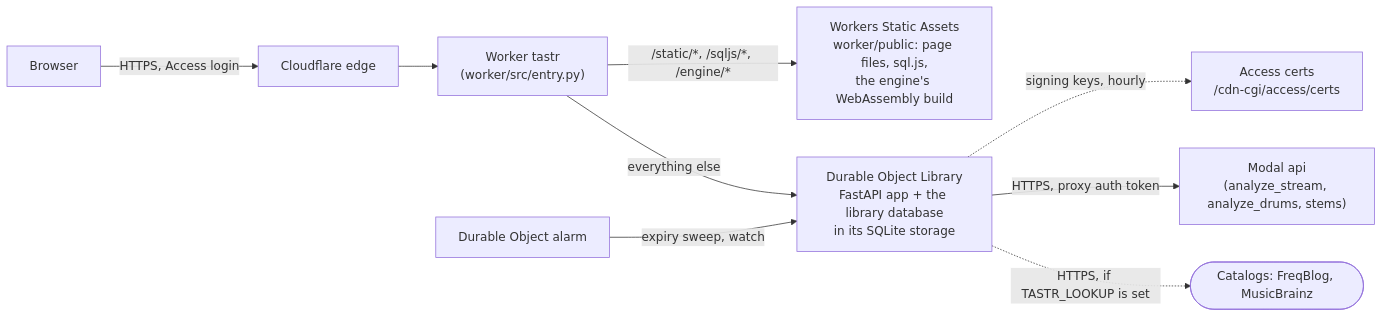
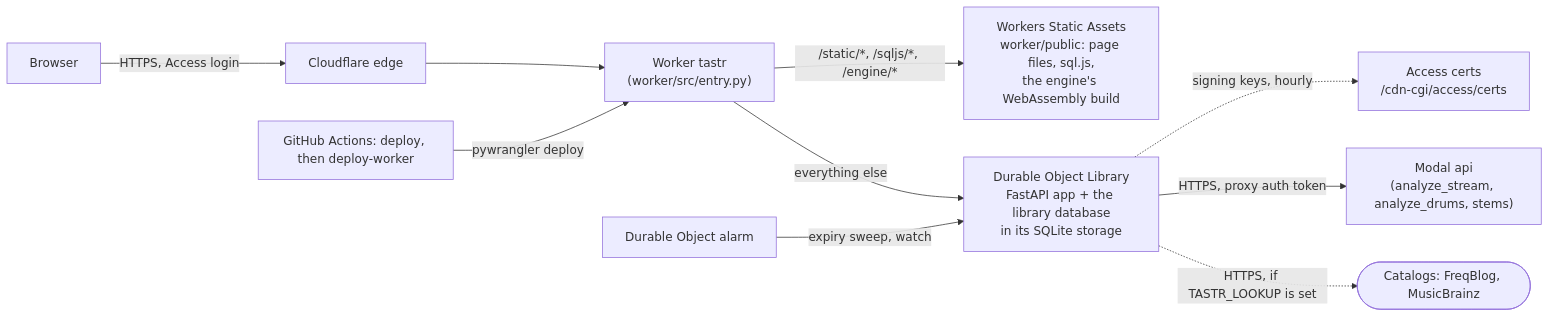
One commit to pocketIlmatto/tastr changed the third of 3 diagrams in docs/hosting-map.md. Above: the diagram before and after it, drawn with Mermaid. The commit also changed other lines of this file and 4 other files, not shown here.

First line of the commit message:
Deploy the Worker instead of Fly on merges to main

````diff
--- a/docs/hosting-map.md
+++ b/docs/hosting-map.md
@@ -295,11 +301,12 @@
 ```mermaid
 flowchart LR
     B[Browser] -->|HTTPS, Access login| CF[Cloudflare edge]
     CF --> W["Worker tastr<br/>(worker/src/entry.py)"]
     W -->|"/static/*, /sqljs/*, /engine/*"| SA["Workers Static Assets<br/>worker/public: page files, sql.js,<br/>the engine's WebAssembly build"]
     W -->|everything else| DO["Durable Object Library<br/>FastAPI app + the library database<br/>in its SQLite storage"]
     DO -.->|signing keys, hourly| AK[Access certs<br/>/cdn-cgi/access/certs]
     AL[Durable Object alarm] -->|expiry sweep, watch| DO
+    GHD[GitHub Actions: deploy, then deploy-worker] -->|pywrangler deploy| W
     DO -->|HTTPS, proxy auth token| MA["Modal api<br/>(analyze_stream, analyze_drums, stems)"]
     DO -.->|HTTPS, if TASTR_LOOKUP is set| CAT2([Catalogs: FreqBlog, MusicBrainz])
 ```
````
